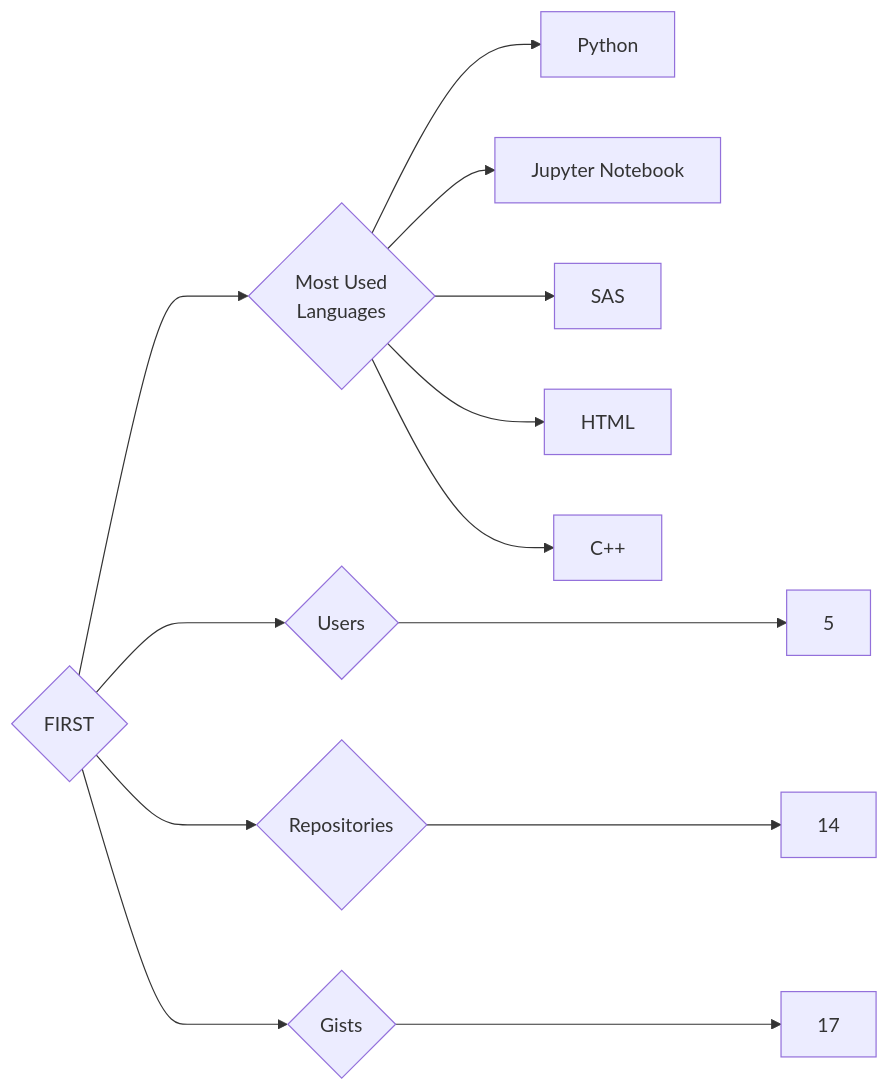
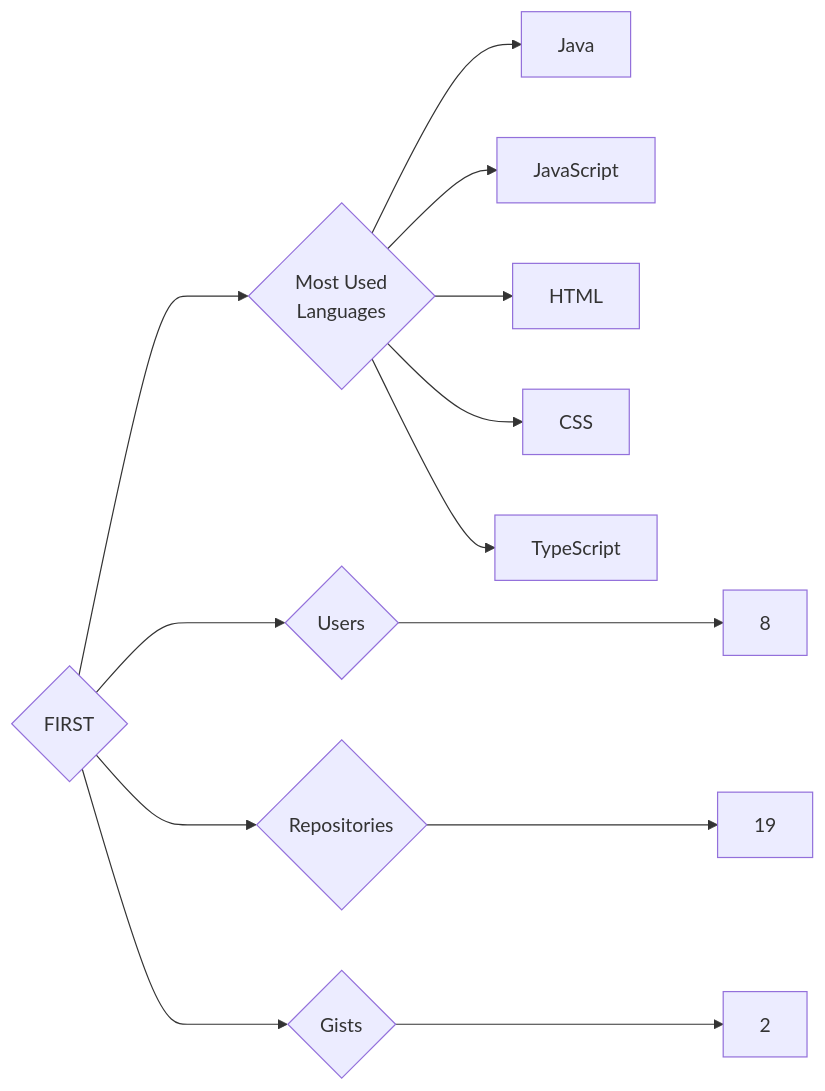
One commit to trickest/insiders changed the diagram in targets/FIRST/README.md. Above: the diagram before and after it, drawn with Mermaid. The commit also changed 1170 other files, not shown here.

````diff
--- a/targets/FIRST/README.md
+++ b/targets/FIRST/README.md
@@ -3,13 +3,13 @@
 ```mermaid
 graph LR
 COMPANY_NAME{FIRST}
-COMPANY_NAME ---> U{Users} ---> UN[5]
-COMPANY_NAME ---> R{Repositories} ---> RN[14]
-COMPANY_NAME ---> G{Gists} ---> GN[17]
+COMPANY_NAME ---> U{Users} ---> UN[8]
+COMPANY_NAME ---> R{Repositories} ---> RN[19]
+COMPANY_NAME ---> G{Gists} ---> GN[2]
 COMPANY_NAME ---> ML{Most Used<br>Languages}
-ML --> Python[Python]
-ML --> Jupyter_Notebook[Jupyter Notebook]
-ML --> SAS[SAS]
+ML --> Java[Java]
+ML --> JavaScript[JavaScript]
 ML --> HTML[HTML]
-ML --> C++[C++]
+ML --> CSS[CSS]
+ML --> TypeScript[TypeScript]
 ```
````
